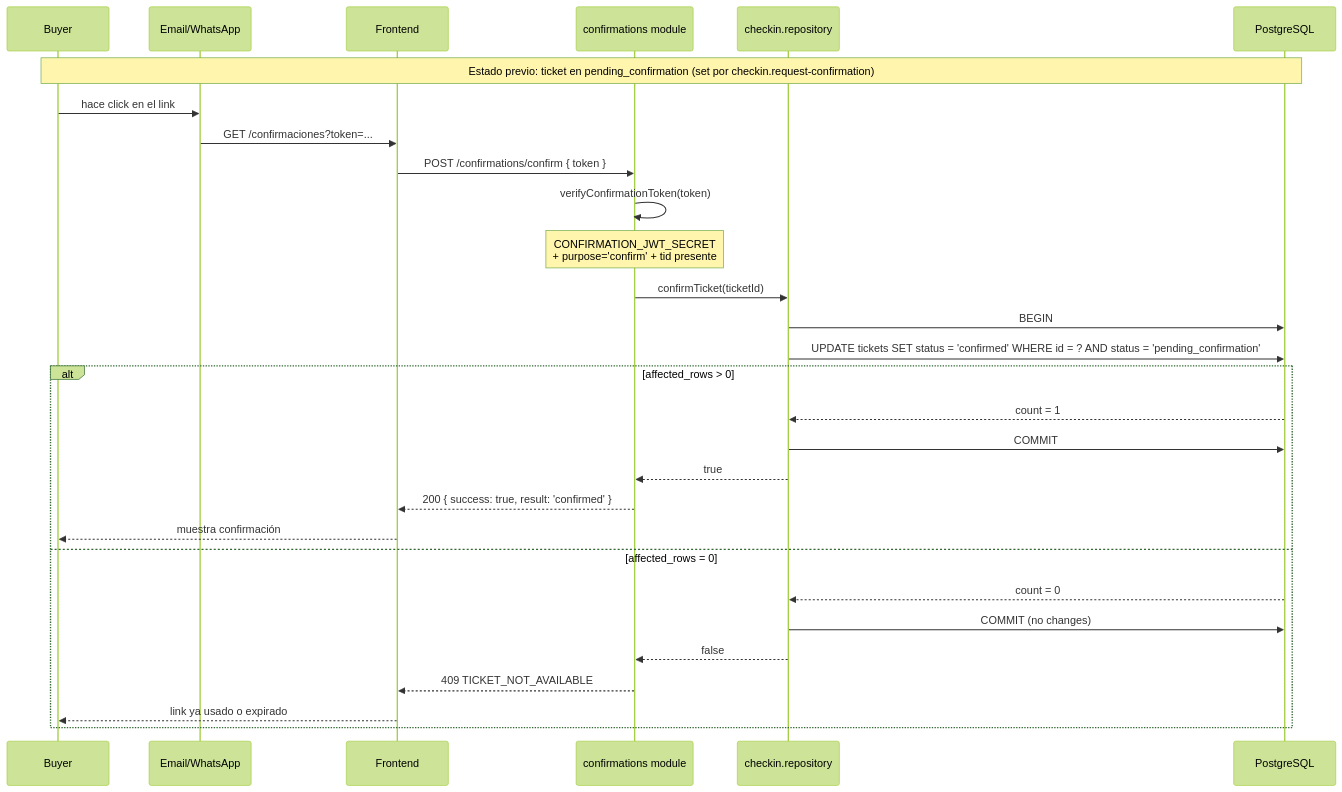
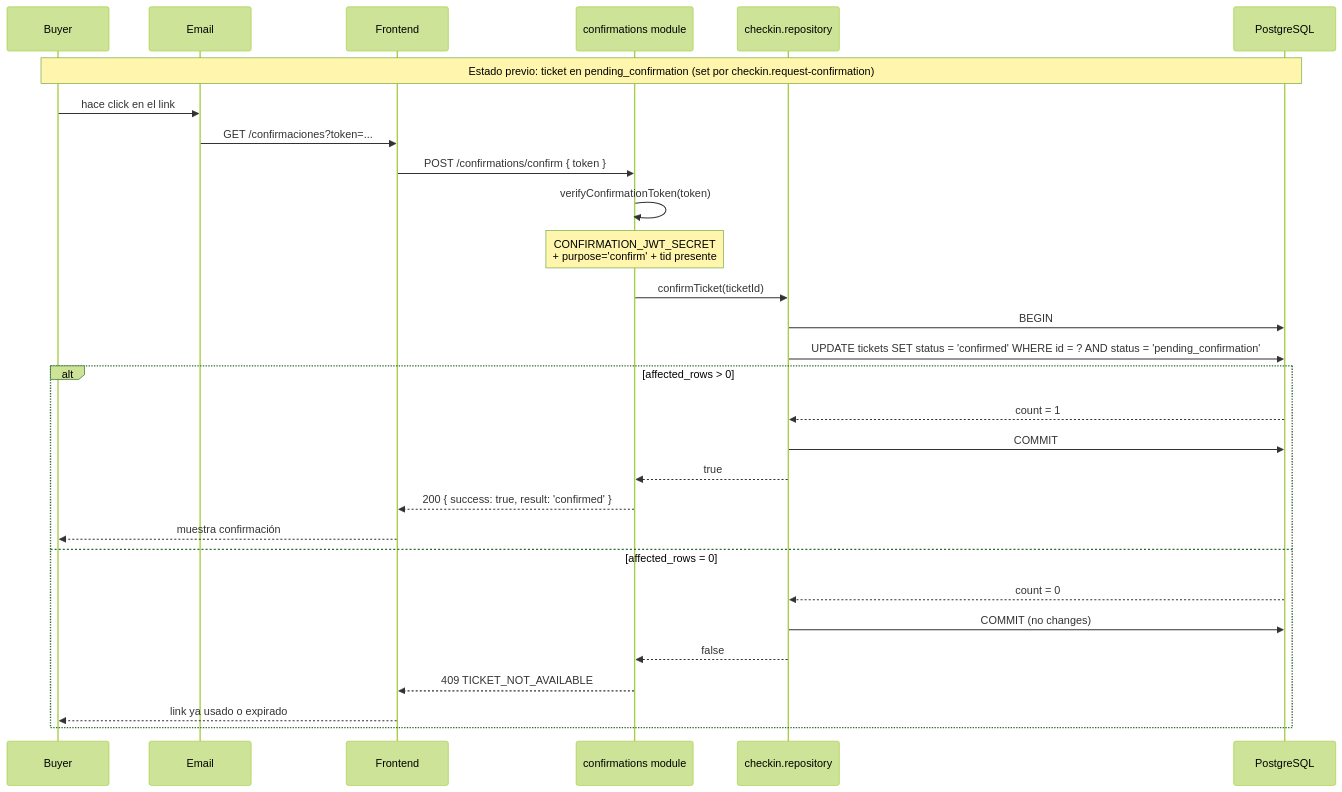
The first of 2 diagrams in backend/src/modules/confirmations/README.md (User281167/venta-de-tickets), drawn with Mermaid (forest theme) before and after one commit. The commit also changed other lines of this file and 11 other files, not shown here.

````diff
--- a/backend/src/modules/confirmations/README.md
+++ b/backend/src/modules/confirmations/README.md
@@ -67,33 +67,33 @@
 ```mermaid
 sequenceDiagram
     participant B as Buyer
-    participant ML as Email/WhatsApp
+    participant ML as Email
     participant FE as Frontend
     participant API as confirmations module
     participant Repo as checkin.repository
     participant DB as PostgreSQL
 
     Note over B,DB: Estado previo: ticket en pending_confirmation (set por checkin.request-confirmation)
 
     B->>ML: hace click en el link
     ML->>FE: GET /confirmaciones?token=...
     FE->>API: POST /confirmations/confirm { token }
     API->>API: verifyConfirmationToken(token)
     Note over API: CONFIRMATION_JWT_SECRET<br/>+ purpose='confirm' + tid presente
     API->>Repo: confirmTicket(ticketId)
     Repo->>DB: BEGIN
     Repo->>DB: UPDATE tickets SET status = 'confirmed' WHERE id = ? AND status = 'pending_confirmation'
     alt affected_rows > 0
         DB-->>Repo: count = 1
         Repo->>DB: COMMIT
         Repo-->>API: true
         API-->>FE: 200 { success: true, result: 'confirmed' }
         FE-->>B: muestra confirmación
     else affected_rows = 0
         DB-->>Repo: count = 0
         Repo->>DB: COMMIT (no changes)
         Repo-->>API: false
         API-->>FE: 409 TICKET_NOT_AVAILABLE
         FE-->>B: link ya usado o expirado
     end
 ```
````
